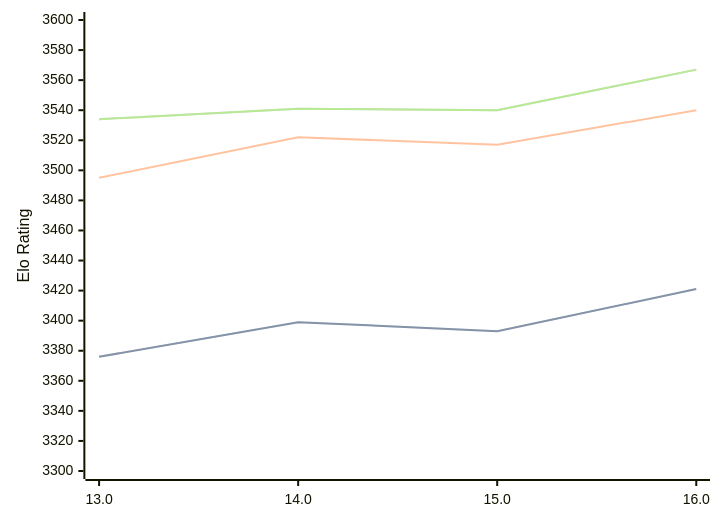
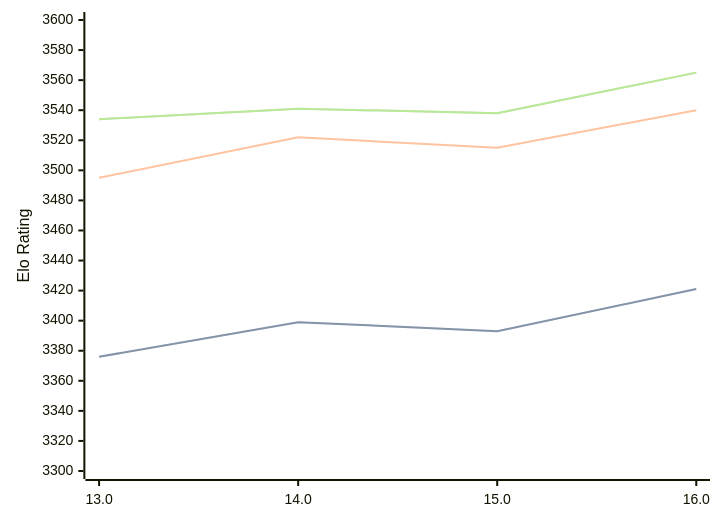
One commit to computer-chess-index/cci changed the diagram in engines/Obsidian.md. Above: the diagram before and after it, drawn with Mermaid. The commit also changed other lines of this file, not shown here.

Commit message:
Update CCI Ratings (ELO VLTC) - 2026-06-12

````diff
--- a/engines/Obsidian.md
+++ b/engines/Obsidian.md
@@ -43,11 +43,11 @@
 ```mermaid
 %%{init: {"theme":"base","themeVariables":{"seriesColors:['#a3a3a3','#222221','#faa371']}}}%%
 xychart-beta
   x-axis ["13.0", "14.0", "15.0", "16.0"]
   y-axis "Elo Rating" 3300 --> 3600
   line "STC (8.0+0.08s)" [3376, 3399, 3393, 3421]
   line "STC (8.0+0.08s)" [3376, 3399, 3393, 3421]
-  line "LTC (60.0+0.60s)" [3495, 3522, 3517, 3540]
-  line "VLTC (2m24s+1.12s)" [3534, 3541, 3540, 3567]
-  line "VLTC (2m24s+1.12s)" [3534, 3541, 3540, 3567]
+  line "LTC (60.0+0.60s)" [3495, 3522, 3515, 3540]
+  line "VLTC (2m24s+1.12s)" [3534, 3541, 3538, 3565]
+  line "VLTC (2m24s+1.12s)" [3534, 3541, 3538, 3565]
 ```
````
